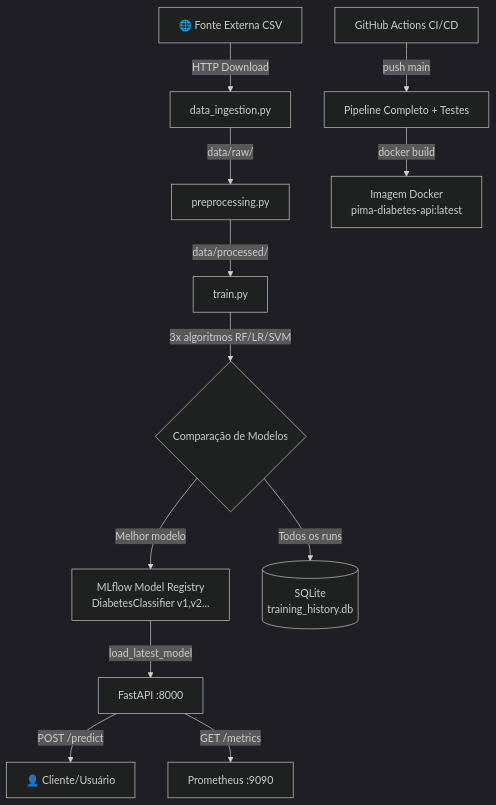
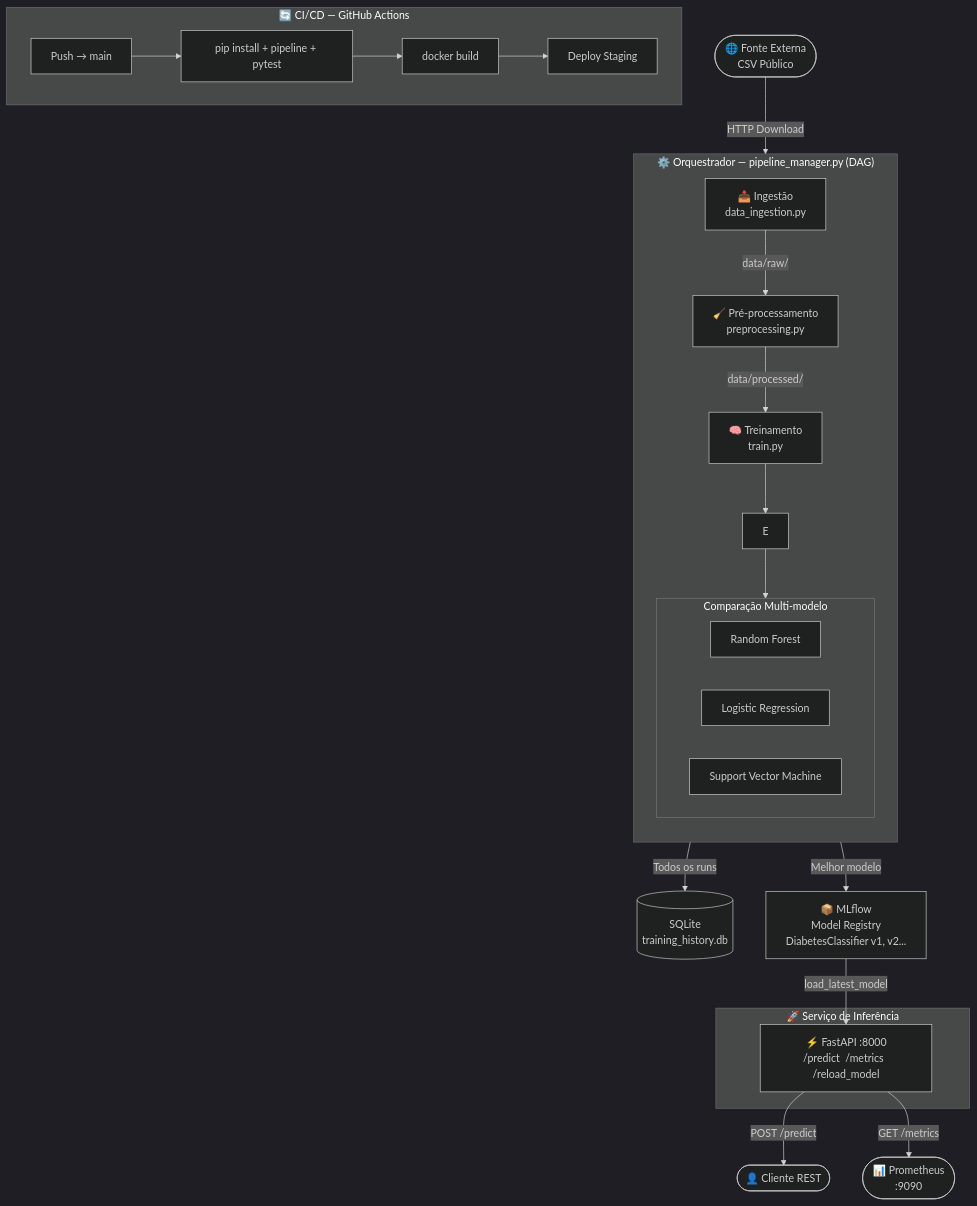
One commit to ArthurS357/santander-ml-pipeline changed the first of 2 diagrams in README.md. Above: the diagram before and after it, drawn with Mermaid (dark theme). The commit also changed other lines of this file and 4 other files, not shown here.

````diff
--- a/README.md
+++ b/README.md
@@ -23,14 +55,36 @@
 ```mermaid
-graph TD
-    A[🌐 Fonte Externa CSV] -->|HTTP Download| B[data_ingestion.py]
-    B -->|data/raw/| C[preprocessing.py]
-    C -->|data/processed/| D[train.py]
-    D -->|3x algoritmos RF/LR/SVM| E{Comparação de Modelos}
-    E -->|Melhor modelo| F[MLflow Model Registry\nDiabetesClassifier v1,v2...]
-    E -->|Todos os runs| G[(SQLite\ntraining_history.db)]
-    F -->|load_latest_model| H[FastAPI :8000]
-    H -->|POST /predict| I[👤 Cliente/Usuário]
-    H -->|GET /metrics| J[Prometheus :9090]
-    K[GitHub Actions CI/CD] -->|push main| L[Pipeline Completo + Testes]
-    L -->|docker build| M[Imagem Docker\npima-diabetes-api:latest]
+flowchart TD
+    A([🌐 Fonte Externa\nCSV Público]) -->|HTTP Download| B
+
+    subgraph PIPELINE ["⚙️  Orquestrador — pipeline_manager.py (DAG)"]
+        direction TB
+        B["📥 Ingestão\ndata_ingestion.py"] -->|data/raw/| C
+        C["🧹 Pré-processamento\npreprocessing.py"] -->|data/processed/| D
+        D["🧠 Treinamento\ntrain.py"] --> E
+
+        subgraph TREINO ["Comparação Multi-modelo"]
+            direction LR
+            RF[Random Forest]
+            LR[Logistic Regression]
+            SVM[Support Vector Machine]
+        end
+        E --> TREINO
+    end
+
+    TREINO -->|Todos os runs| F[(SQLite\ntraining_history.db)]
+    TREINO -->|Melhor modelo| G["📦 MLflow\nModel Registry\nDiabetesClassifier v1, v2..."]
+    G -->|load_latest_model| H
+
+    subgraph SERVE ["🚀  Serviço de Inferência"]
+        H["⚡ FastAPI :8000\n/predict  /metrics  /reload_model"]
+    end
+
+    H -->|POST /predict| I([👤 Cliente REST])
+    H -->|GET /metrics| J([📊 Prometheus\n:9090])
+
+    subgraph CICD ["🔄  CI/CD — GitHub Actions"]
+        K[Push → main] --> L[pip install + pipeline + pytest]
+        L --> M[docker build]
+        M --> N[Deploy Staging]
+    end
 ```
````
